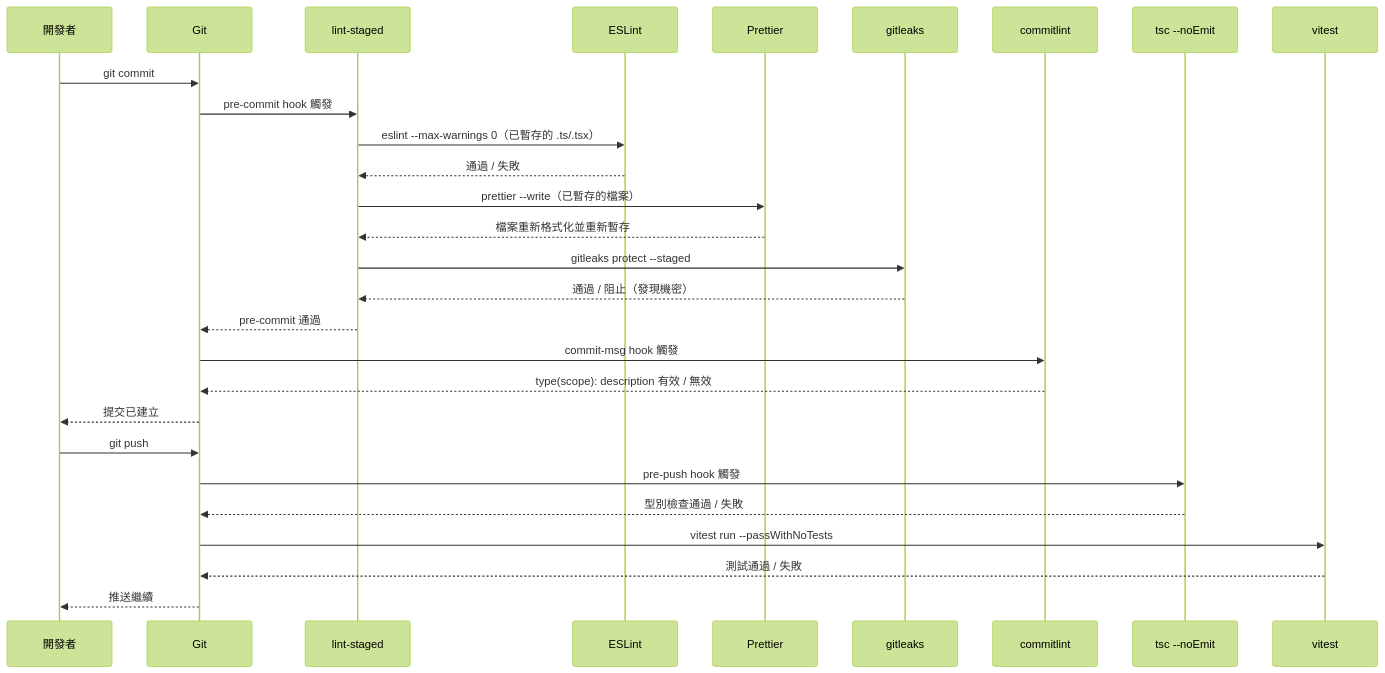
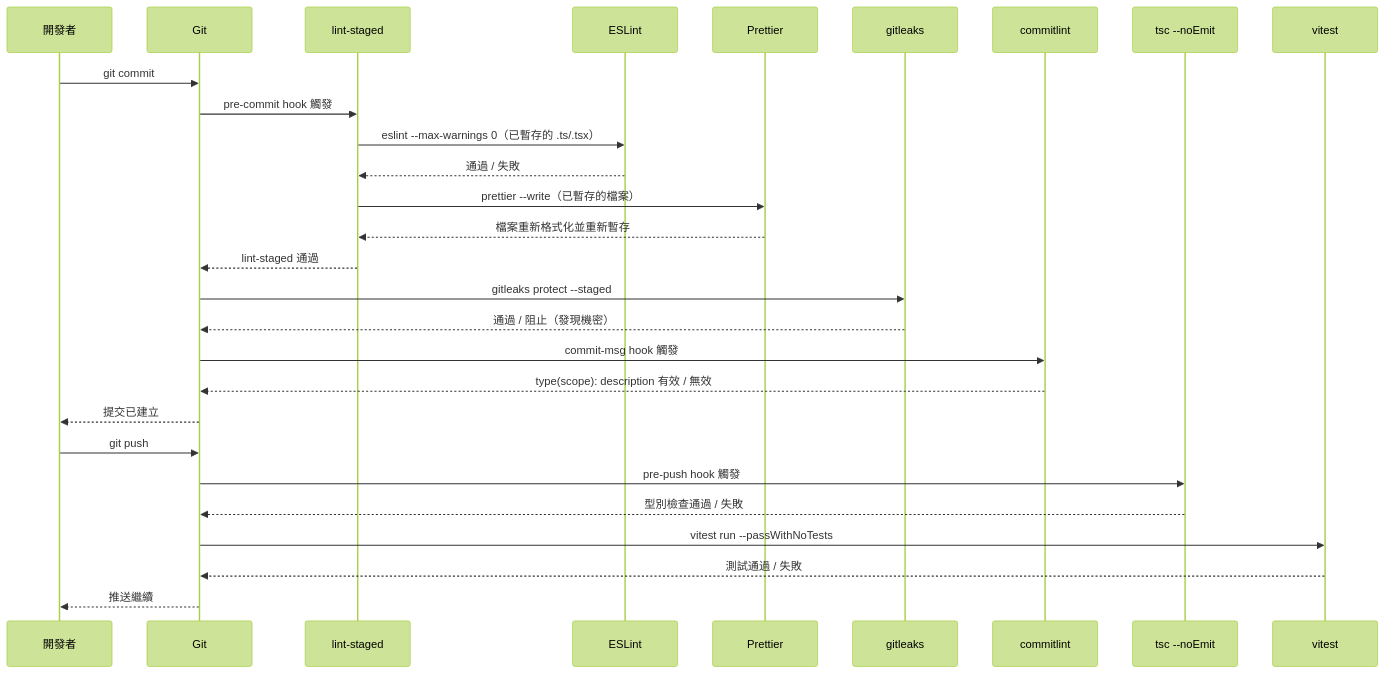
Before and after one commit to alivedise/frontend-engineering-essentials: the diagram in docs/zh-tw/Developer Experience and Tooling/1603.md, drawn with Mermaid (forest theme). The commit also changed other lines of this file and 1 other file, not shown here.

````diff
--- a/docs/zh-tw/Developer Experience and Tooling/1603.md
+++ b/docs/zh-tw/Developer Experience and Tooling/1603.md
@@ -178,32 +188,32 @@
 ```mermaid
 sequenceDiagram
     participant Dev as 開發者
     participant Git
     participant lintStaged as lint-staged
     participant ESLint
     participant Prettier
     participant gitleaks
     participant commitlint
     participant tsc as tsc --noEmit
     participant vitest
 
     Dev->>Git: git commit
     Git->>lintStaged: pre-commit hook 觸發
     lintStaged->>ESLint: eslint --max-warnings 0（已暫存的 .ts/.tsx）
     ESLint-->>lintStaged: 通過 / 失敗
     lintStaged->>Prettier: prettier --write（已暫存的檔案）
     Prettier-->>lintStaged: 檔案重新格式化並重新暫存
-    lintStaged->>gitleaks: gitleaks protect --staged
-    gitleaks-->>lintStaged: 通過 / 阻止（發現機密）
-    lintStaged-->>Git: pre-commit 通過
+    lintStaged-->>Git: lint-staged 通過
+    Git->>gitleaks: gitleaks protect --staged
+    gitleaks-->>Git: 通過 / 阻止（發現機密）
     Git->>commitlint: commit-msg hook 觸發
     commitlint-->>Git: type(scope): description 有效 / 無效
     Git-->>Dev: 提交已建立
 
     Dev->>Git: git push
     Git->>tsc: pre-push hook 觸發
     tsc-->>Git: 型別檢查通過 / 失敗
     Git->>vitest: vitest run --passWithNoTests
     vitest-->>Git: 測試通過 / 失敗
     Git-->>Dev: 推送繼續
 ```
````
